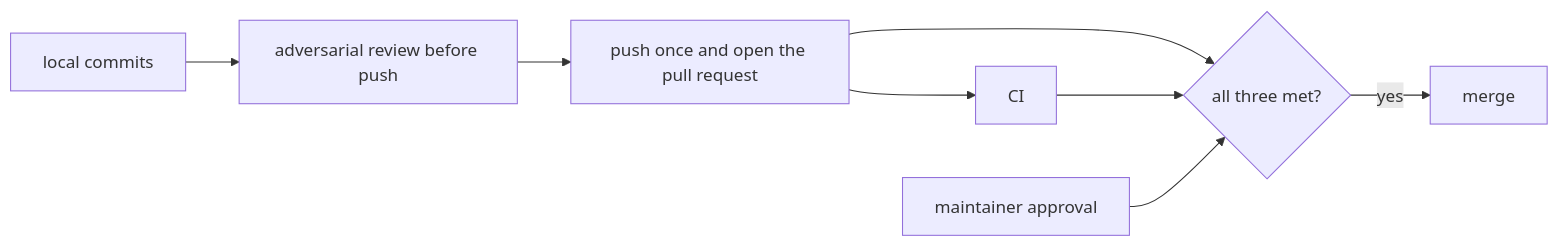
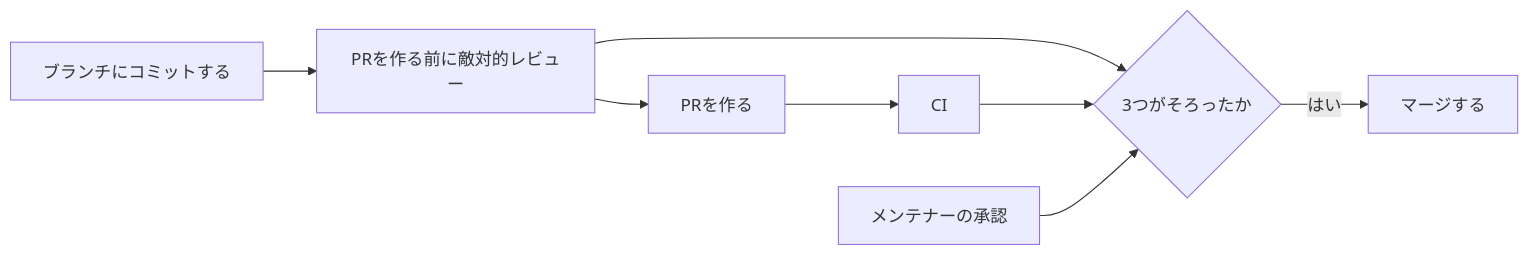
Before and after one commit to suchi/flying-microwave: the second of 2 diagrams in docs/development/onboarding.md, drawn with Mermaid. The commit also changed other lines of this file and 7 other files, not shown here.

First line of the commit message:
docs: review before opening the PR, not before pushing

````diff
--- a/docs/development/onboarding.md
+++ b/docs/development/onboarding.md
@@ -77,10 +77,10 @@
 ```mermaid
 flowchart LR
-    commit["local commits"] --> review["adversarial review before push"]
-    review --> pr["push once and open the pull request"]
+    commit["ブランチにコミットする"] --> review["PRを作る前に敵対的レビュー"]
+    review --> pr["PRを作る"]
     pr --> ci["CI"]
-    pr --> gate{"all three met?"}
+    review --> gate{"3つがそろったか"}
     ci --> gate
-    approval["maintainer approval"] --> gate
-    gate -->|"yes"| merge["merge"]
+    approval["メンテナーの承認"] --> gate
+    gate -->|"はい"| merge["マージする"]
 ```
````
